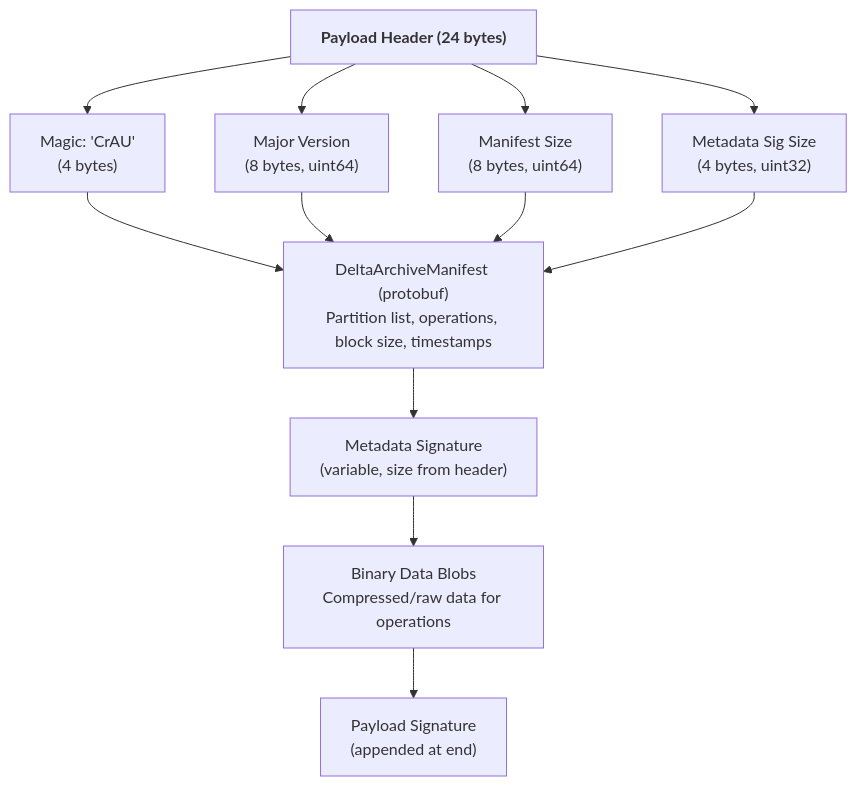
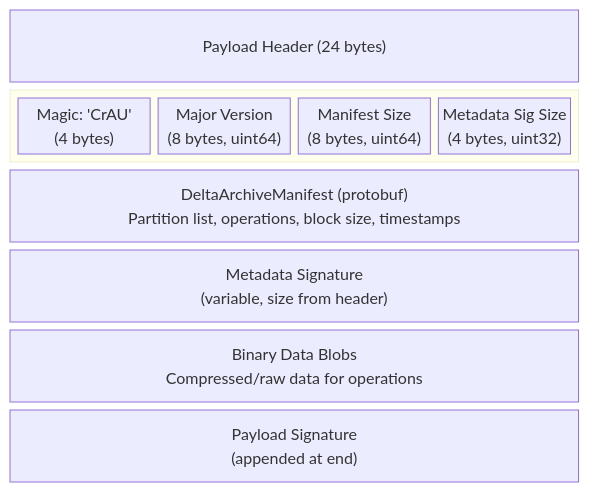
One commit to aospbooks/aosp-internal-book changed the sixth of 36 diagrams in 53-ota-updates.md. Above: the diagram before and after it, drawn with Mermaid.

Commit message:
53-ota-updates: keep table style for payload-binary-structure
Restore the block-beta table look. Move 'Payload Header (24 bytes)'
to its own full-width row above the four header cells (rather than
an enclosing parent block), which avoids the parent-label overlap
that fragments leaked through the gaps between inner cells.

````diff
--- a/53-ota-updates.md
+++ b/53-ota-updates.md
@@ -468,14 +468,16 @@
 ```mermaid
-flowchart TB
-    hdr["<b>Payload Header (24 bytes)</b>"]
-    magic["Magic: 'CrAU'<br/>(4 bytes)"]
-    version["Major Version<br/>(8 bytes, uint64)"]
-    manifest_size["Manifest Size<br/>(8 bytes, uint64)"]
-    sig_size["Metadata Sig Size<br/>(4 bytes, uint32)"]
+block-beta
+    columns 1
+    hdr_label["Payload Header (24 bytes)"]
+    block
+        columns 4
+        magic["Magic: 'CrAU'<br/>(4 bytes)"]
+        version["Major Version<br/>(8 bytes, uint64)"]
+        manifest_size["Manifest Size<br/>(8 bytes, uint64)"]
+        sig_size["Metadata Sig Size<br/>(4 bytes, uint32)"]
+    end
     manifest["DeltaArchiveManifest (protobuf)<br/>Partition list, operations, block size, timestamps"]
     metadata_sig["Metadata Signature<br/>(variable, size from header)"]
     blobs["Binary Data Blobs<br/>Compressed/raw data for operations"]
     payload_sig["Payload Signature<br/>(appended at end)"]
-    hdr --> magic & version & manifest_size & sig_size --> manifest
-    manifest --> metadata_sig --> blobs --> payload_sig
 ```
````
